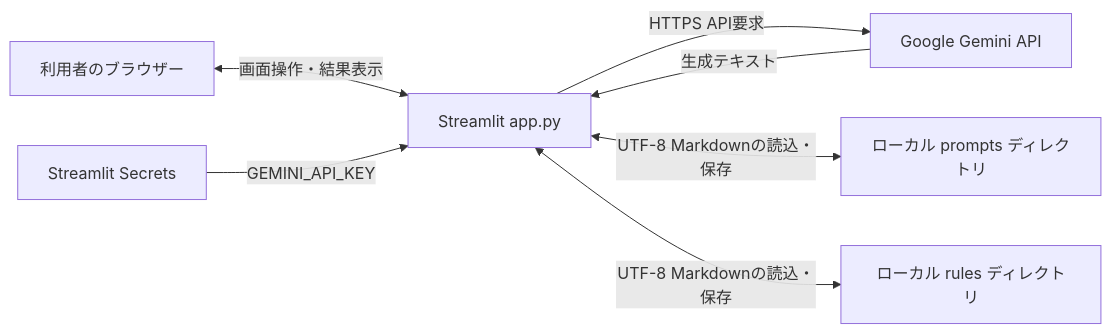
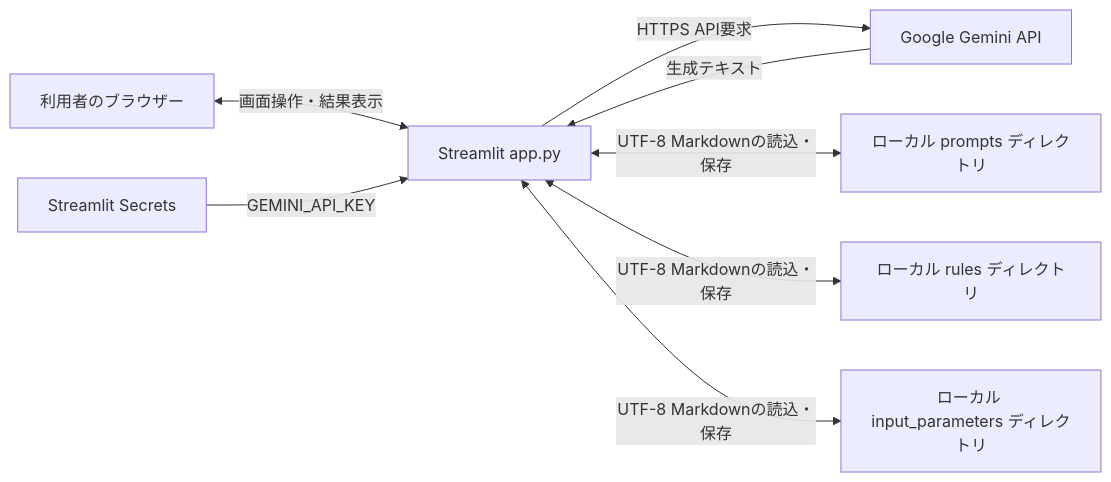
Before and after one commit to nakanishi001/AiPromptManagementTool: the diagram in documents/02_basic_design/basic_design.md, drawn with Mermaid. The commit also changed other lines of this file and 3 other files, not shown here.

````diff
--- a/documents/02_basic_design/basic_design.md
+++ b/documents/02_basic_design/basic_design.md
@@ -24,9 +25,10 @@
 ```mermaid
 flowchart LR
     U[利用者のブラウザー] <-->|画面操作・結果表示| A[Streamlit app.py]
     A -->|HTTPS API要求| G[Google Gemini API]
     G -->|生成テキスト| A
     A <-->|UTF-8 Markdownの読込・保存| P[ローカル prompts ディレクトリ]
     A <-->|UTF-8 Markdownの読込・保存| R[ローカル rules ディレクトリ]
+    A <-->|UTF-8 Markdownの読込・保存| I[ローカル input_parameters ディレクトリ]
     S[Streamlit Secrets] -->|GEMINI_API_KEY| A
 ```
````
